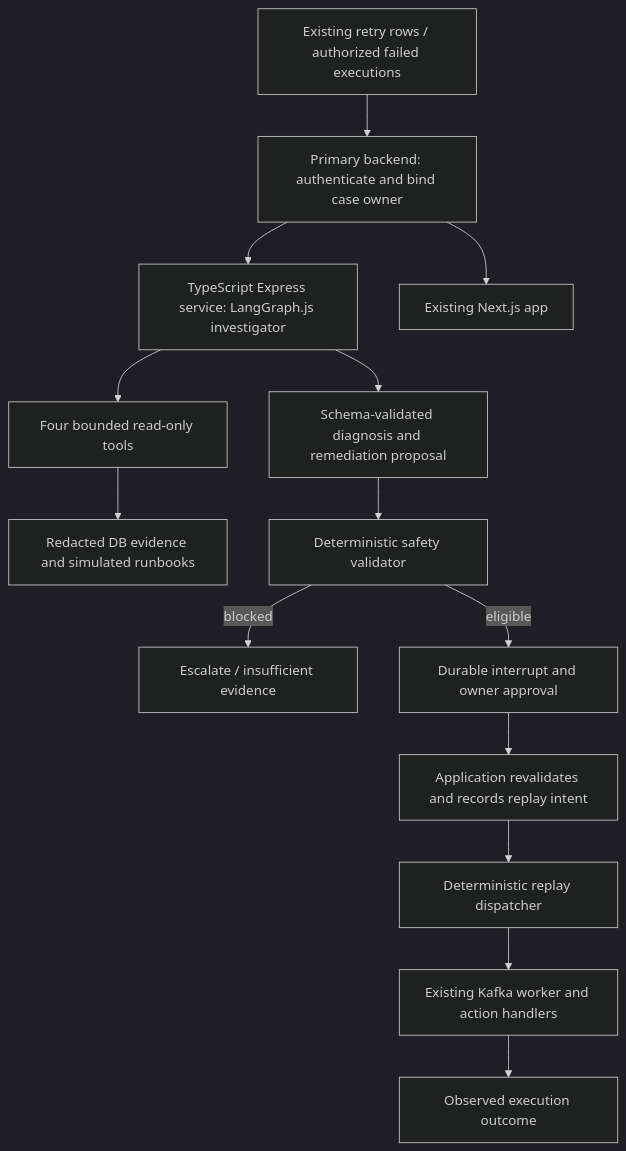
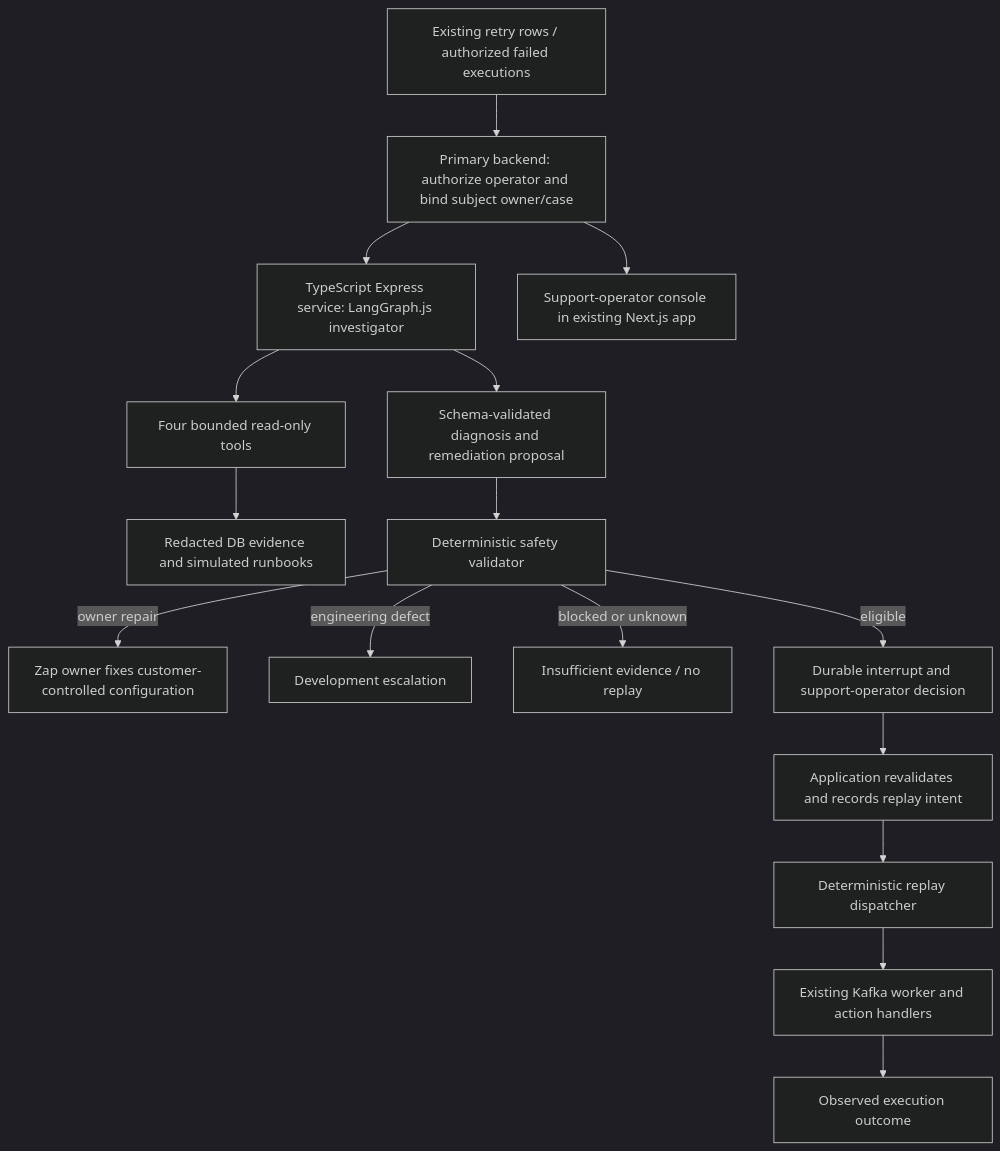
One commit to Thisshonrobert/zapier changed the diagram in docs/ai-dlq-master-plan.md. Above: the diagram before and after it, drawn with Mermaid (dark theme). The commit also changed other lines of this file and 24 other files, not shown here.

````diff
--- a/docs/ai-dlq-master-plan.md
+++ b/docs/ai-dlq-master-plan.md
@@ -52,16 +52,18 @@
 ```mermaid
 flowchart TD
-    Source[Existing retry rows / authorized failed executions] --> API[Primary backend: authenticate and bind case owner]
+    Source[Existing retry rows / authorized failed executions] --> API[Primary backend: authorize operator and bind subject owner/case]
     API --> Agent[TypeScript Express service: LangGraph.js investigator]
     Agent --> Tools[Four bounded read-only tools]
     Tools --> Evidence[Redacted DB evidence and simulated runbooks]
     Agent --> Proposal[Schema-validated diagnosis and remediation proposal]
     Proposal --> Policy[Deterministic safety validator]
-    Policy -->|blocked| Stop[Escalate / insufficient evidence]
-    Policy -->|eligible| Approval[Durable interrupt and owner approval]
+    Policy -->|owner repair| Owner[Zap owner fixes customer-controlled configuration]
+    Policy -->|engineering defect| Dev[Development escalation]
+    Policy -->|blocked or unknown| Stop[Insufficient evidence / no replay]
+    Policy -->|eligible| Approval[Durable interrupt and support-operator decision]
     Approval --> Recheck[Application revalidates and records replay intent]
     Recheck --> Dispatch[Deterministic replay dispatcher]
     Dispatch --> Worker[Existing Kafka worker and action handlers]
     Worker --> Outcome[Observed execution outcome]
-    API --> UI[Existing Next.js app]
+    API --> UI[Support-operator console in existing Next.js app]
 ```
````
